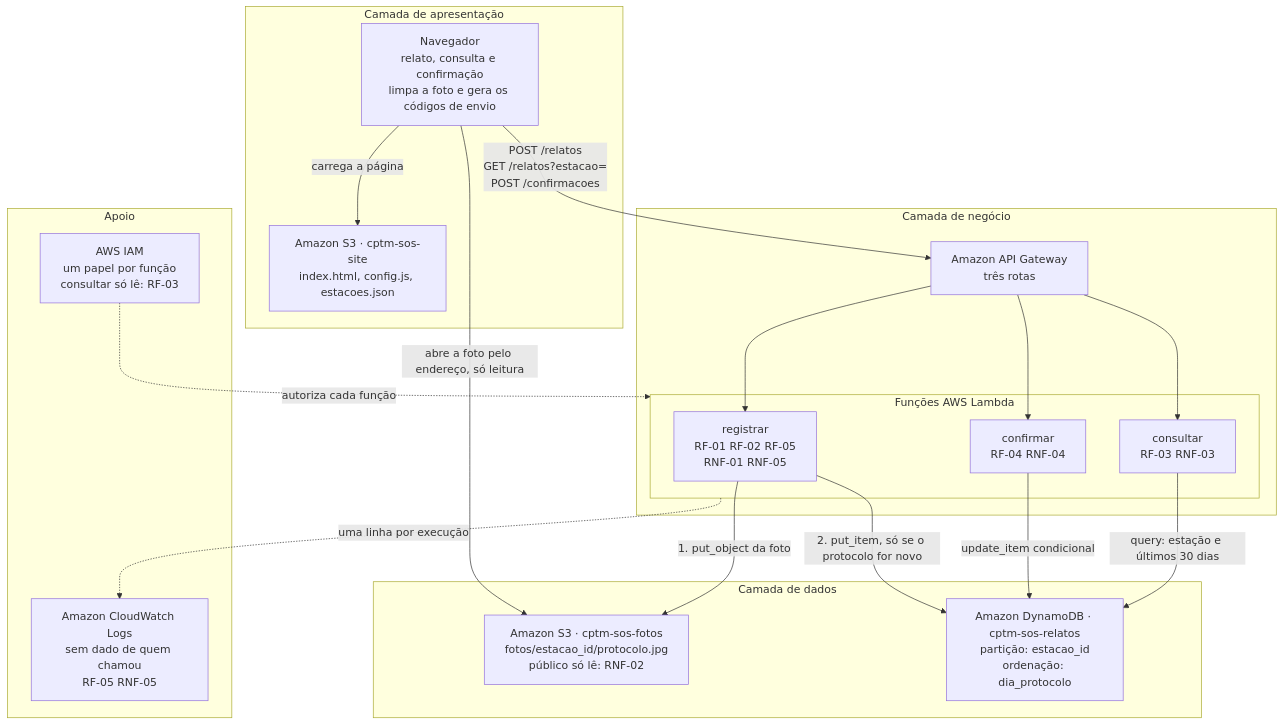
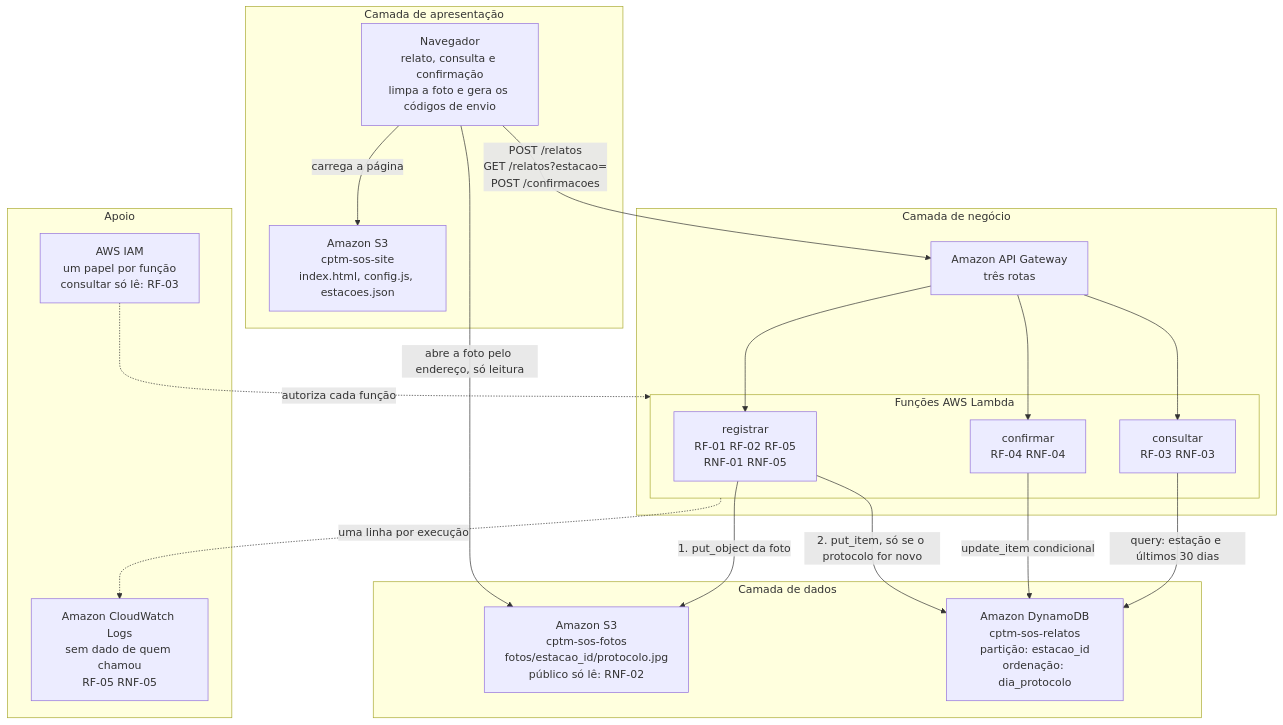
One commit to dantas6773/cptm-sos-nuvem changed the diagram in docs/diagrama.md. Above: the diagram before and after it, drawn with Mermaid. The commit also changed other lines of this file and 3 other files, not shown here.

Commit message:
docs: imagem do diagrama, no documento e no Word

````diff
--- a/docs/diagrama.md
+++ b/docs/diagrama.md
@@ -7,43 +7,43 @@
 ```mermaid
 %%{init: {"theme": "default"}}%%
 flowchart TB
     subgraph apresentacao["Camada de apresentação"]
         nav["Navegador<br/>relato, consulta e confirmação<br/>limpa a foto e gera os códigos de envio"]
-        site["Amazon S3 · cptm-sos-site<br/>index.html, config.js, estacoes.json"]
+        site["Amazon S3<br/>cptm-sos-site<br/>index.html, config.js, estacoes.json"]
     end
 
     subgraph negocio["Camada de negócio"]
         api["Amazon API Gateway<br/>três rotas"]
         subgraph funcoes["Funções AWS Lambda"]
             registrar["registrar<br/>RF-01 RF-02 RF-05<br/>RNF-01 RNF-05"]
             confirmar["confirmar<br/>RF-04 RNF-04"]
             consultar["consultar<br/>RF-03 RNF-03"]
         end
     end
 
     subgraph dados["Camada de dados"]
-        fotos["Amazon S3 · cptm-sos-fotos<br/>fotos/estacao_id/protocolo.jpg<br/>público só lê: RNF-02"]
-        tabela["Amazon DynamoDB · cptm-sos-relatos<br/>partição: estacao_id<br/>ordenação: dia_protocolo"]
+        fotos["Amazon S3<br/>cptm-sos-fotos<br/>fotos/estacao_id/protocolo.jpg<br/>público só lê: RNF-02"]
+        tabela["Amazon DynamoDB<br/>cptm-sos-relatos<br/>partição: estacao_id<br/>ordenação: dia_protocolo"]
     end
 
     subgraph apoio["Apoio"]
         iam["AWS IAM<br/>um papel por função<br/>consultar só lê: RF-03"]
         logs["Amazon CloudWatch Logs<br/>sem dado de quem chamou<br/>RF-05 RNF-05"]
     end
 
     nav -->|"carrega a página"| site
     nav -->|"POST /relatos<br/>GET /relatos?estacao=<br/>POST /confirmacoes"| api
     nav -->|"abre a foto pelo endereço, só leitura"| fotos
 
     api --> registrar
     api --> confirmar
     api --> consultar
 
     registrar -->|"1. put_object da foto"| fotos
     registrar -->|"2. put_item, só se o protocolo for novo"| tabela
     confirmar -->|"update_item condicional"| tabela
     consultar -->|"query: estação e últimos 30 dias"| tabela
 
     iam -.->|"autoriza cada função"| funcoes
     funcoes -.->|"uma linha por execução"| logs
 ```
````
